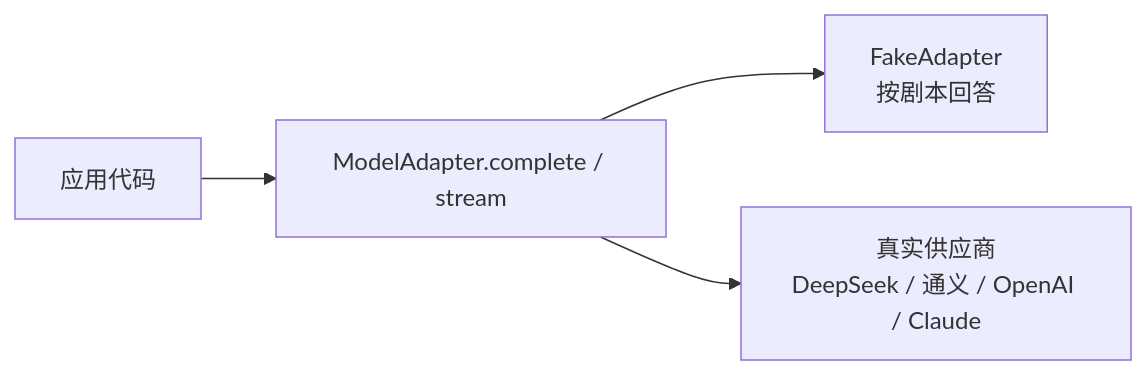
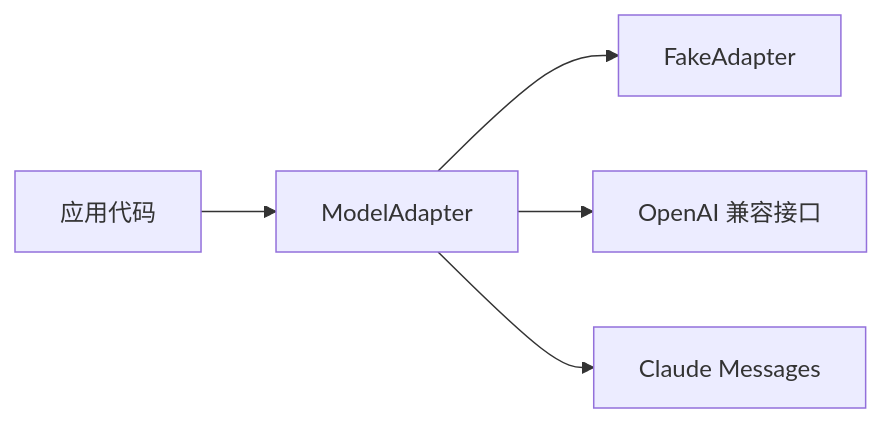
The second of 2 diagrams in lessons/setup/README.md (lance2016/ai-app-engineering), drawn with Mermaid before and after one commit. The commit also changed other lines of this file and 28 other files, not shown here.

````diff
--- a/lessons/setup/README.md
+++ b/lessons/setup/README.md
@@ -265,6 +110,7 @@
 ```mermaid
 flowchart LR
-    L[应用代码] --> A[ModelAdapter.complete / stream]
-    A --> F[FakeAdapter<br/>按剧本回答]
-    A --> R[真实供应商<br/>DeepSeek / 通义 / OpenAI / Claude]
+    A[应用代码] --> I[ModelAdapter]
+    I --> F[FakeAdapter]
+    I --> O[OpenAI 兼容接口]
+    I --> C[Claude Messages]
 ```
````
